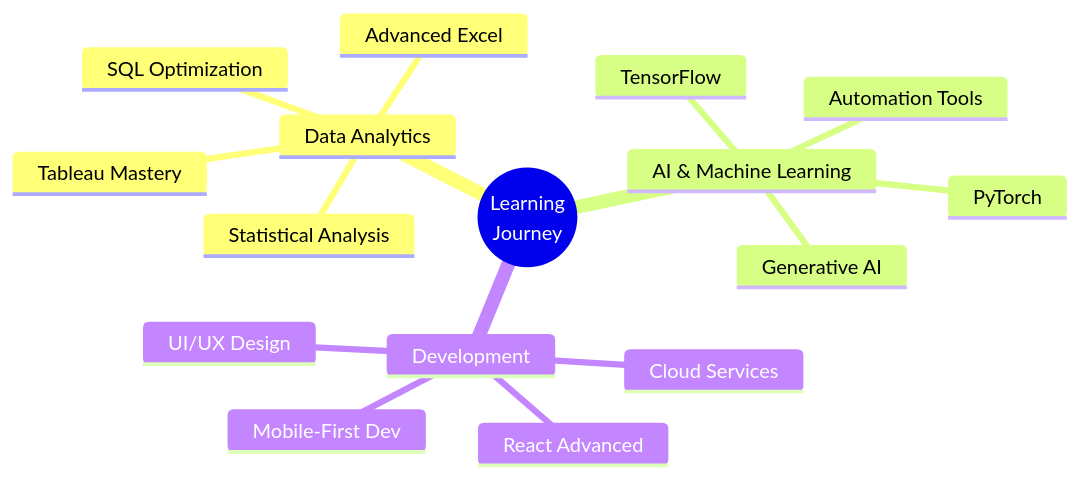
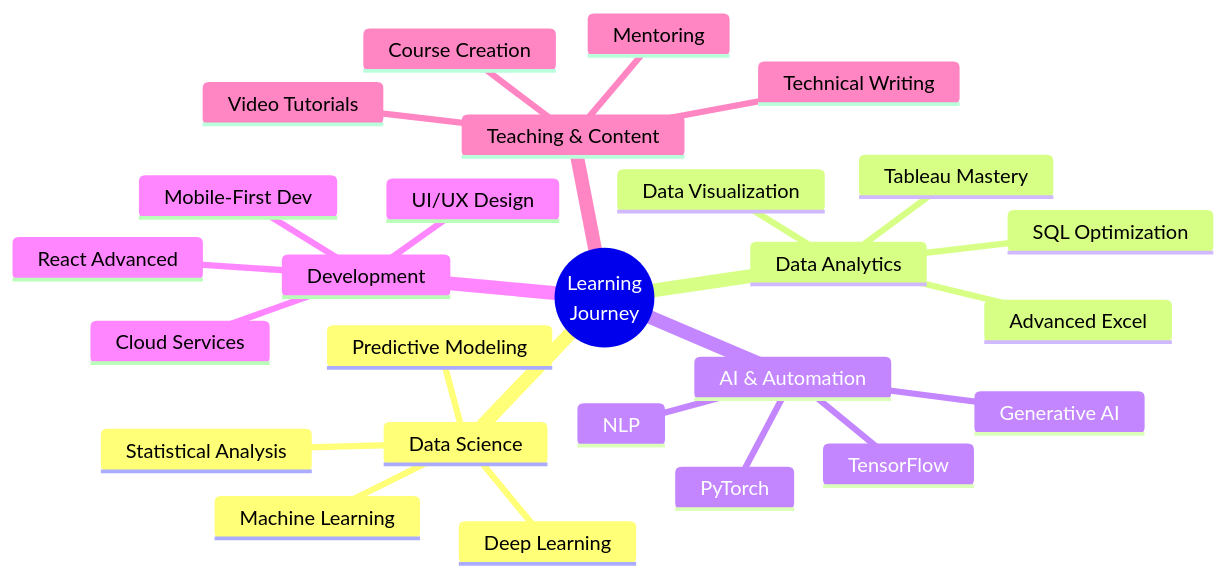
Before and after one commit to priyanshuarc/priyanshuarc: the diagram in README.md, drawn with Mermaid. The commit also changed other lines of this file, not shown here.

````diff
--- a/README.md
+++ b/README.md
@@ -235,19 +242,29 @@
 ```mermaid
 mindmap
   root((Learning<br/>Journey))
+    Data Science
+      Machine Learning
+      Deep Learning
+      Statistical Analysis
+      Predictive Modeling
     Data Analytics
       Advanced Excel
       Tableau Mastery
-      Statistical Analysis
       SQL Optimization
-    AI & Machine Learning
+      Data Visualization
+    AI & Automation
       Generative AI
       PyTorch
       TensorFlow
-      Automation Tools
+      NLP
     Development
       UI/UX Design
       Mobile-First Dev
       React Advanced
       Cloud Services
+    Teaching & Content
+      Technical Writing
+      Video Tutorials
+      Course Creation
+      Mentoring
 ```
````
